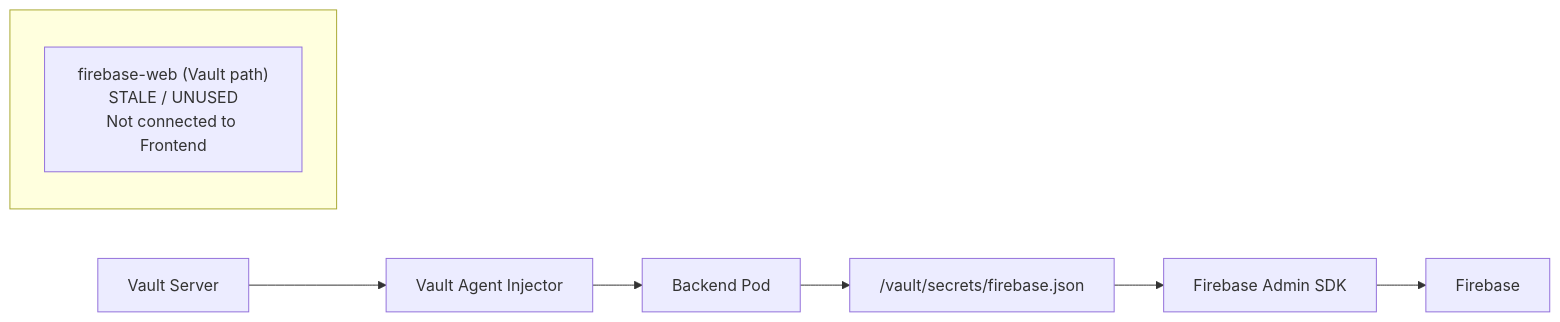
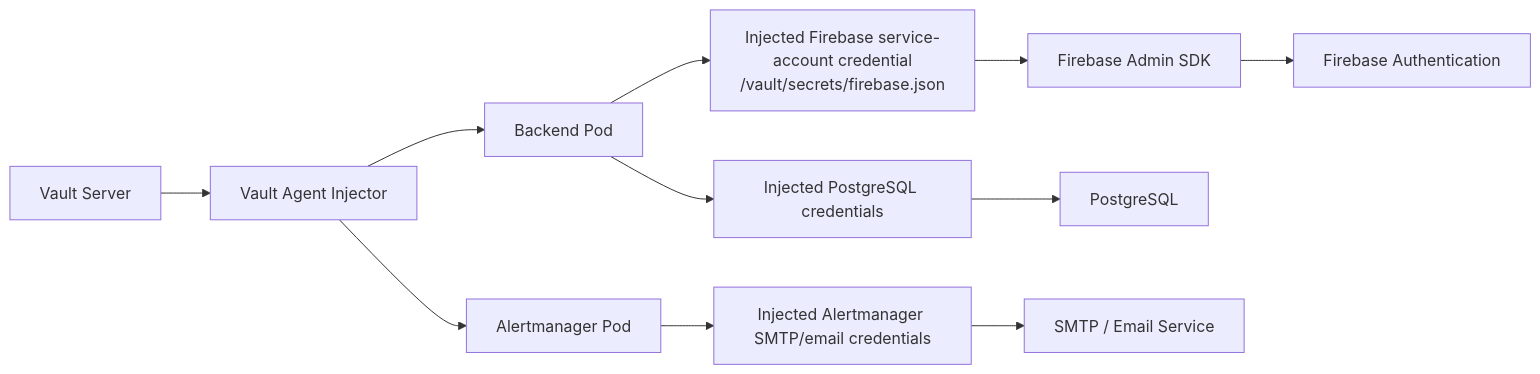
One commit to chaos-MK/ApplicationBib changed the fourth of 9 diagrams in docs/threat-model/threat-model.md. Above: the diagram before and after it, drawn with Mermaid. The commit also changed other lines of this file, not shown here.

Commit message:
docs: update Loki and Alloy log flow [skip ci]

````diff
--- a/docs/threat-model/threat-model.md
+++ b/docs/threat-model/threat-model.md
@@ -515,12 +532,17 @@
 ```mermaid
 flowchart LR
-    V[Vault Server] --> VAI2[Vault Agent Injector]
-    VAI2 --> BP[Backend Pod]
-    BP --> SEC["/vault/secrets/firebase.json"]
-    SEC --> FAS2[Firebase Admin SDK]
-    FAS2 --> FB[Firebase]
+    V[Vault Server] --> VAI[Vault Agent Injector]
 
-    subgraph note[" "]
-    STALE["firebase-web (Vault path)\nSTALE / UNUSED\nNot connected to Frontend"]
-    end
+    VAI --> BP[Backend Pod]
+    VAI --> AM[Alertmanager Pod]
+
+    BP --> FSEC["Injected Firebase service-account credential\n/vault/secrets/firebase.json"]
+    FSEC --> FAS[Firebase Admin SDK]
+    FAS --> FB[Firebase Authentication]
+
+    BP --> DSEC["Injected PostgreSQL credentials"]
+    DSEC --> DB[PostgreSQL]
+
+    AM --> ASEC["Injected Alertmanager SMTP/email credentials"]
+    ASEC --> SMTP[SMTP / Email Service]
 ```
````
